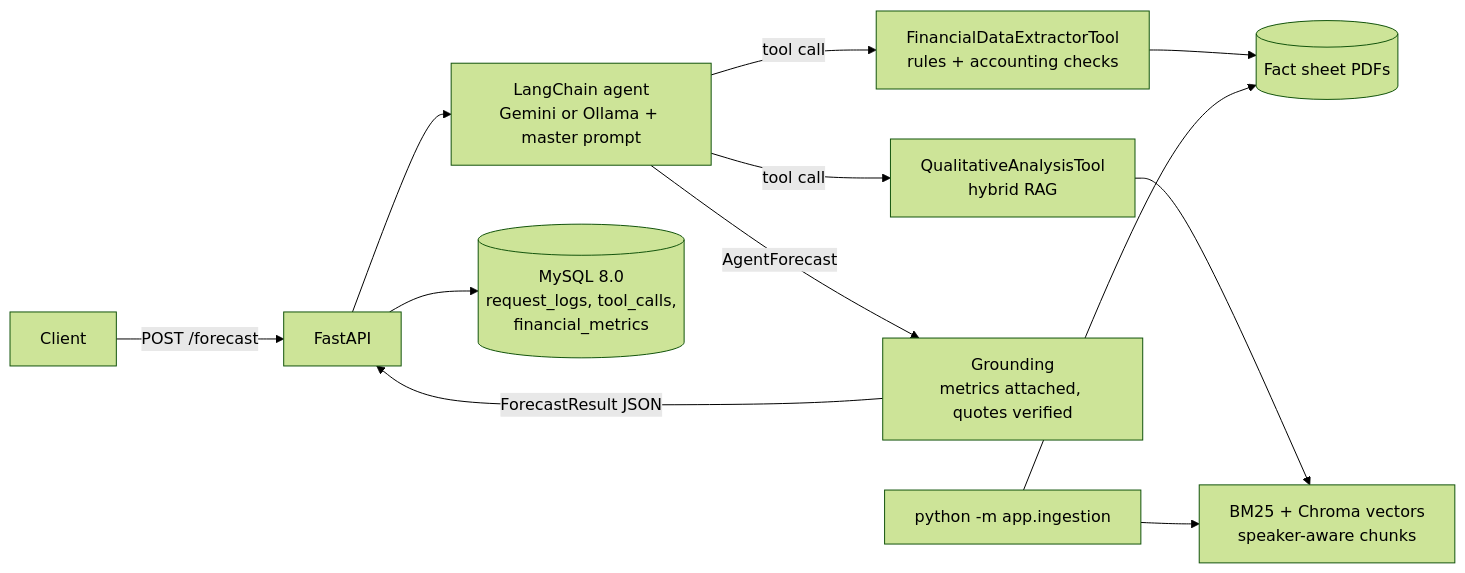
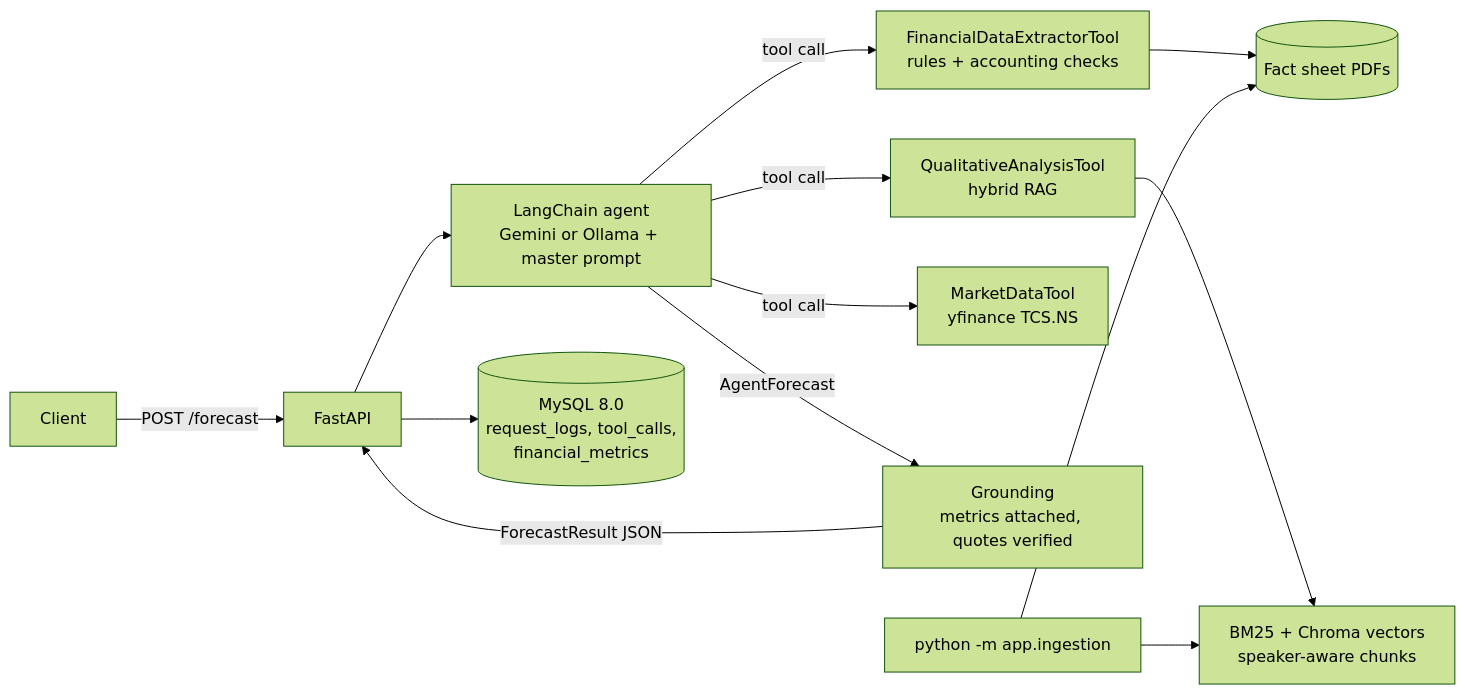
One commit to LalithaSriHarshitha/Financial-Forecasting-Agent changed the diagram in README.md. Above: the diagram before and after it, drawn with Mermaid (forest theme). The commit also changed other lines of this file and 21 other files, not shown here.

First line of the commit message:
feat: V3 production - MarketDataTool, evaluation suite, hardening, final docs

````diff
--- a/README.md
+++ b/README.md
@@ -41,14 +66,15 @@
 ```mermaid
 flowchart LR
     U[Client] -->|POST /forecast| API[FastAPI]
     API --> AG[LangChain agent<br/>Gemini or Ollama + master prompt]
     AG -->|tool call| FE[FinancialDataExtractorTool<br/>rules + accounting checks]
     AG -->|tool call| QA[QualitativeAnalysisTool<br/>hybrid RAG]
+    AG -->|tool call| MD[MarketDataTool<br/>yfinance TCS.NS]
     FE --> PDF[(Fact sheet PDFs)]
     QA --> HY[BM25 + Chroma vectors<br/>speaker-aware chunks]
     AG -->|AgentForecast| GR[Grounding<br/>metrics attached, quotes verified]
     GR -->|ForecastResult JSON| API
     API --> DB[(MySQL 8.0<br/>request_logs, tool_calls,<br/>financial_metrics)]
     ING[python -m app.ingestion] --> PDF
     ING --> HY
 ```
````
